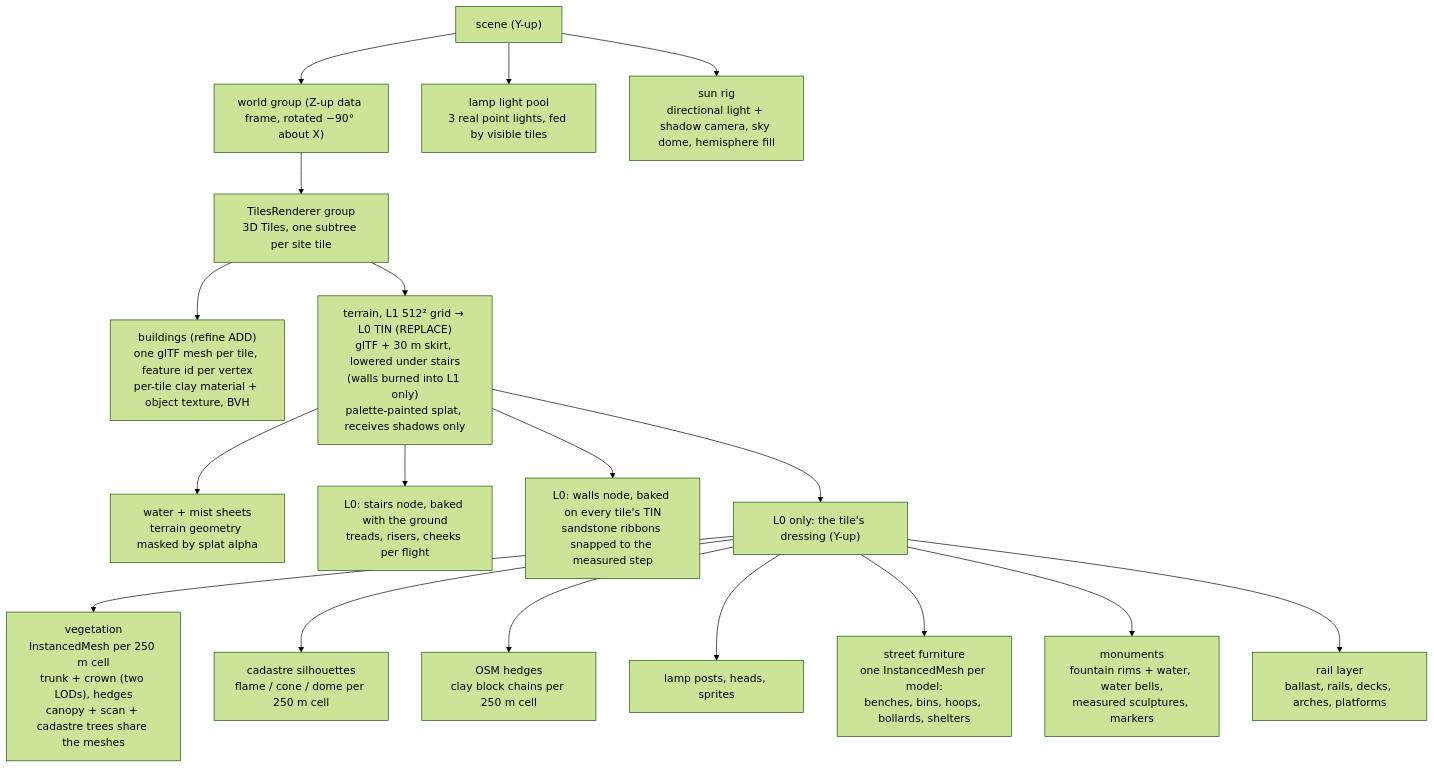
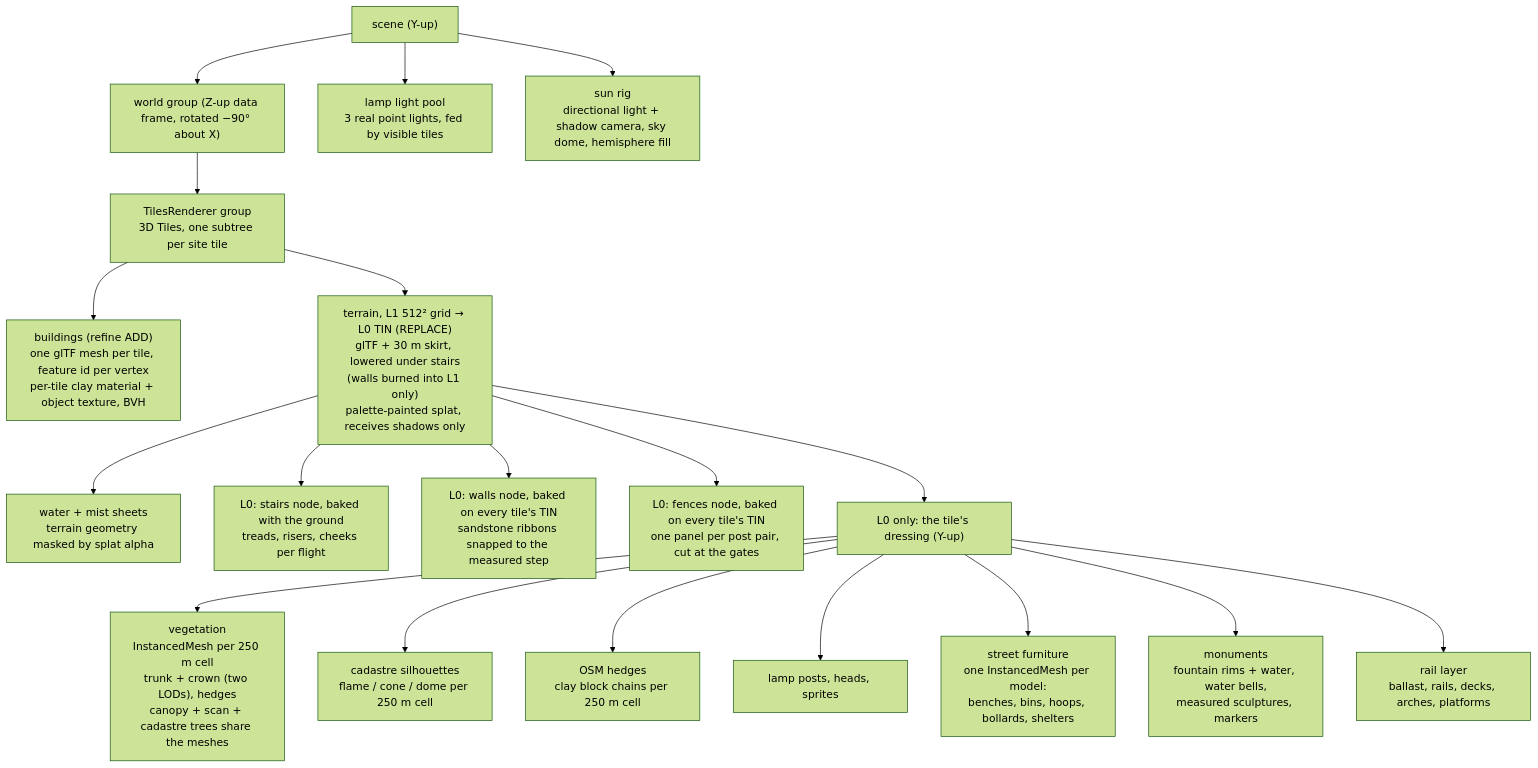
The first of 2 diagrams in docs/rendering.md (mdugue/bridge), drawn with Mermaid (forest theme) before and after one commit. The commit also changed other lines of this file and 41 other files, not shown here.

````diff
--- a/docs/rendering.md
+++ b/docs/rendering.md
@@ -25,23 +25,24 @@
 ```mermaid
 flowchart TB
   SCENE["scene (Y-up)"]
   WORLD["world group (Z-up data frame, rotated −90° about X)"]
   TILES["TilesRenderer group<br/>3D Tiles, one subtree per site tile"]
   SCENE --> WORLD
   WORLD --> TILES
   TILES --> CITY["buildings (refine ADD)<br/>one glTF mesh per tile, feature id per vertex<br/>per-tile clay material + object texture, BVH"]
   TILES --> TER["terrain, L1 512² grid → L0 TIN (REPLACE)<br/>glTF + 30 m skirt, lowered under stairs<br/>(walls burned into L1 only)<br/>palette-painted splat, receives shadows only"]
   TER --> WAT["water + mist sheets<br/>terrain geometry masked by splat alpha"]
   TER --> STAIR["L0: stairs node, baked with the ground<br/>treads, risers, cheeks per flight"]
   TER --> WALL["L0: walls node, baked on every tile's TIN<br/>sandstone ribbons snapped to the measured step"]
+  TER --> FENCE["L0: fences node, baked on every tile's TIN<br/>one panel per post pair, cut at the gates"]
   TER --> DRESS["L0 only: the tile's dressing (Y-up)"]
   DRESS --> VEG["vegetation<br/>InstancedMesh per 250 m cell<br/>trunk + crown (two LODs), hedges<br/>canopy + scan + cadastre trees share the meshes"]
   DRESS --> INV["cadastre silhouettes<br/>flame / cone / dome per 250 m cell"]
   DRESS --> LOW["OSM hedges<br/>clay block chains per 250 m cell"]
   DRESS --> LAMP["lamp posts, heads, sprites"]
   DRESS --> FURN["street furniture<br/>one InstancedMesh per model:<br/>benches, bins, hoops, bollards, shelters"]
   DRESS --> MON["monuments<br/>fountain rims + water, water bells,<br/>measured sculptures, markers"]
   DRESS --> RAIL["rail layer<br/>ballast, rails, decks, arches, platforms"]
   SCENE --> LIGHTS["lamp light pool<br/>3 real point lights, fed by visible tiles"]
   SCENE --> SUN["sun rig<br/>directional light + shadow camera, sky dome, hemisphere fill"]
 ```
````
